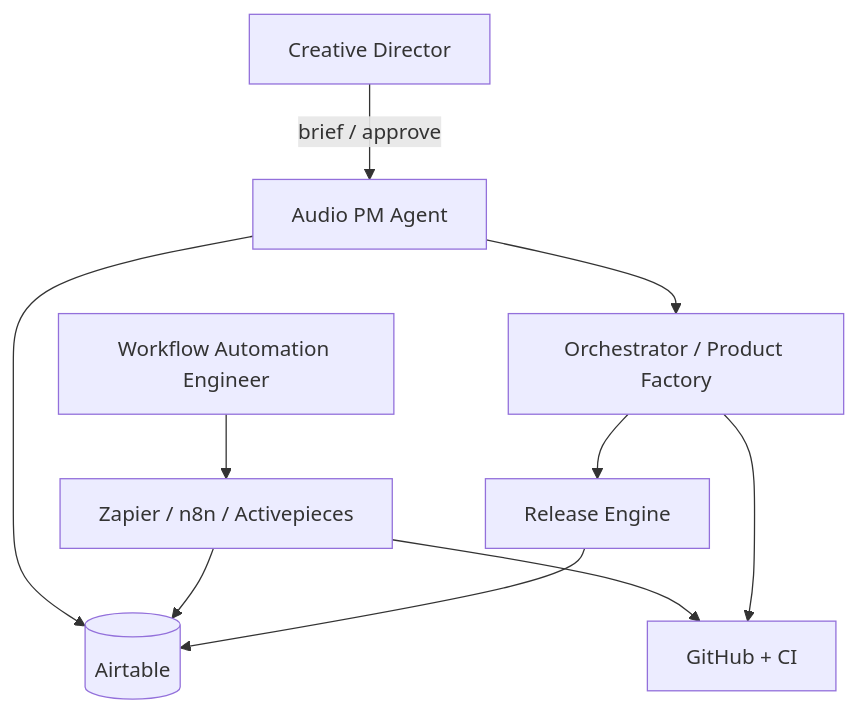
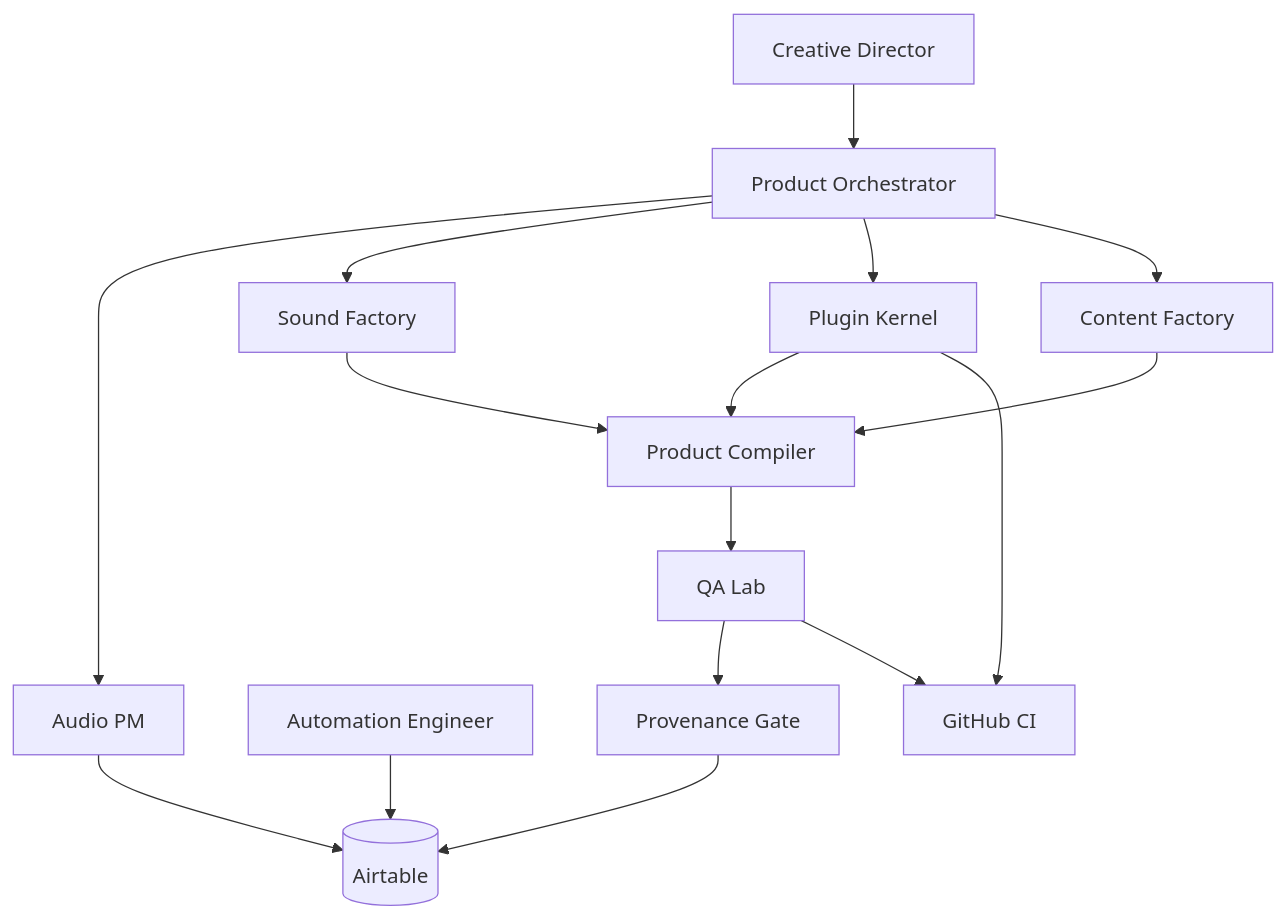
Before and after one commit to samuelfreemanjobs-hash/Instruments: the diagram in disklordz/docs/MASTER_PLAN.md, drawn with Mermaid. The commit also changed other lines of this file and 26 other files, not shown here.

First line of the commit message:
Expand DiskLordz into production engine architecture

````diff
--- a/disklordz/docs/MASTER_PLAN.md
+++ b/disklordz/docs/MASTER_PLAN.md
@@ -105,21 +121,31 @@
 ```mermaid
 flowchart TB
   CD[Creative Director]
-  PM[Audio PM Agent]
-  WAE[Workflow Automation Engineer]
-  ORCH[Orchestrator / Product Factory]
+  ORCH[Product Orchestrator]
+  PM[Audio PM]
+  WAE[Automation Engineer]
+  SF[Sound Factory]
+  PK[Plugin Kernel]
+  CF[Content Factory]
+  PC[Product Compiler]
+  QA[QA Lab]
+  PG[Provenance Gate]
   AT[(Airtable)]
-  GH[GitHub + CI]
-  GLUE[Zapier / n8n / Activepieces]
-  REL[Release Engine]
+  GH[GitHub CI]
 
-  CD -->|brief / approve| PM
+  CD --> ORCH
+  ORCH --> PM
   PM --> AT
-  WAE --> GLUE
-  GLUE --> AT
-  GLUE --> GH
-  PM --> ORCH
-  ORCH --> GH
-  ORCH --> REL
-  REL --> AT
+  WAE --> AT
+  ORCH --> SF
+  ORCH --> PK
+  ORCH --> CF
+  SF --> PC
+  PK --> PC
+  CF --> PC
+  PC --> QA
+  QA --> PG
+  PG --> AT
+  PK --> GH
+  QA --> GH
 ```
````
